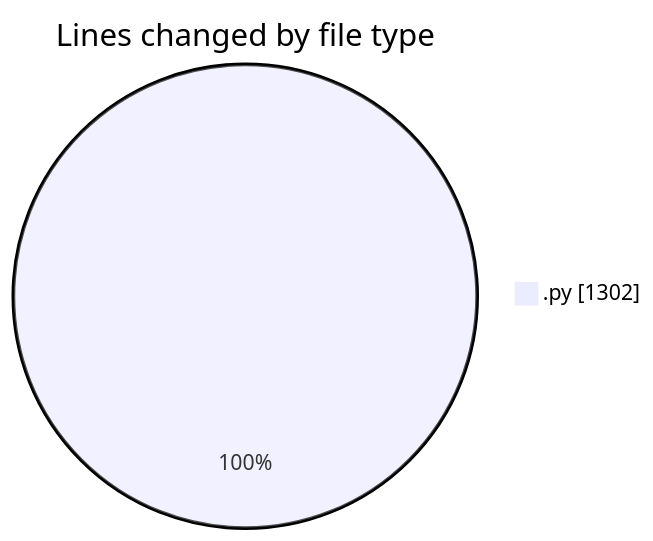
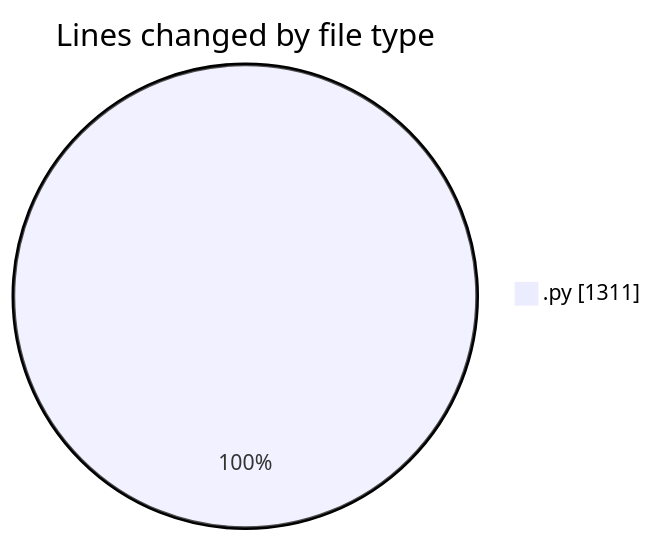
One commit to julien-gomy/code-tracking changed the first of 2 diagrams in 2025-10-10/eventscop-api-guide__workspace_/README.md. Above: the diagram before and after it, drawn with Mermaid. The commit also changed other lines of this file and 1 other file, not shown here.

````diff
--- a/2025-10-10/eventscop-api-guide__workspace_/README.md
+++ b/2025-10-10/eventscop-api-guide__workspace_/README.md
@@ -23,5 +23,5 @@
 ```mermaid
 pie showData
 title Lines changed by file type
-".py" : 1302
+".py" : 1311
 ```
````
